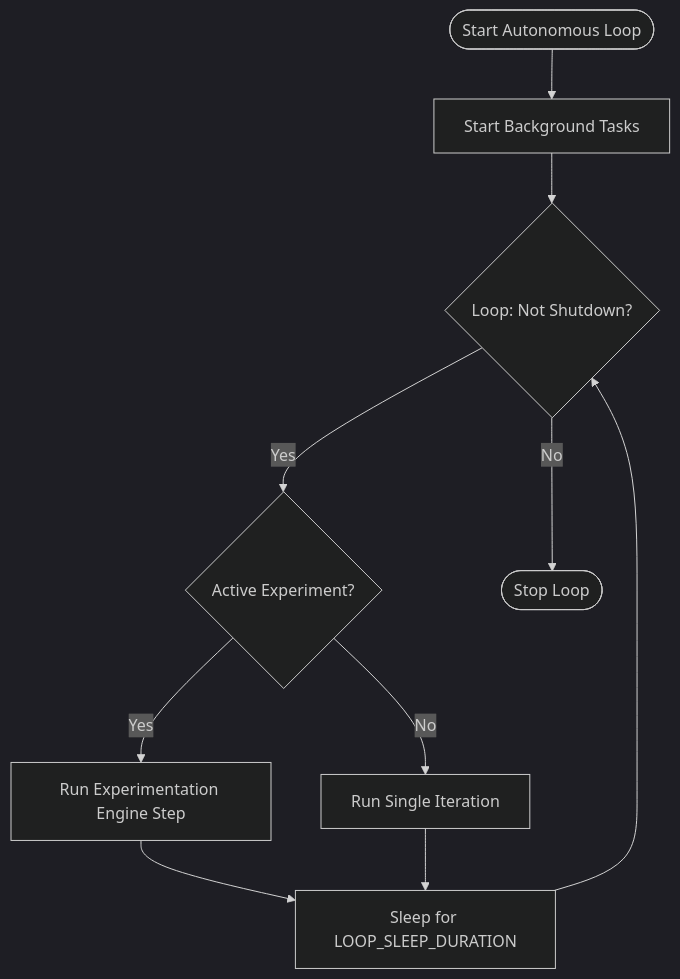
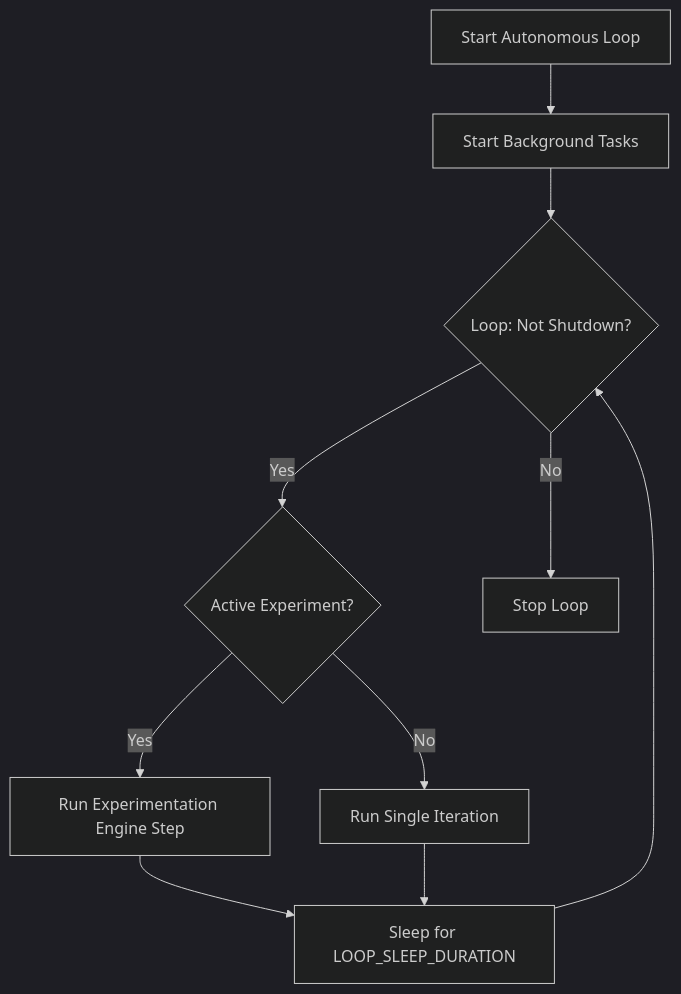
One commit to Likhithsai2580/RAVANA-WIKI changed the ninth of 10 diagrams in docs/Core System.md. Above: the diagram before and after it, drawn with Mermaid (dark theme). The commit also changed 52 other files, not shown here.

First line of the commit message:
chore(docs): update documentation content, fix Mermaid diagrams, and enhance README

````diff
--- a/docs/Core System.md
+++ b/docs/Core System.md
@@ -450,12 +450,12 @@
 ```mermaid
 flowchart TD
-Start([Start Autonomous Loop]) --> BackgroundTasks["Start Background Tasks"]
+Start["Start Autonomous Loop"] --> BackgroundTasks["Start Background Tasks"]
 BackgroundTasks --> LoopStart{Loop: Not Shutdown?}
 LoopStart --> |Yes| ExperimentCheck{"Active Experiment?"}
 ExperimentCheck --> |Yes| RunExperimentStep["Run Experimentation Engine Step"]
 ExperimentCheck --> |No| RunIteration["Run Single Iteration"]
 RunExperimentStep --> Sleep["Sleep for LOOP_SLEEP_DURATION"]
 RunIteration --> Sleep
 Sleep --> LoopStart
-LoopStart --> |No| Stop([Stop Loop])
+LoopStart --> |No| Stop["Stop Loop"]
 ```
````
